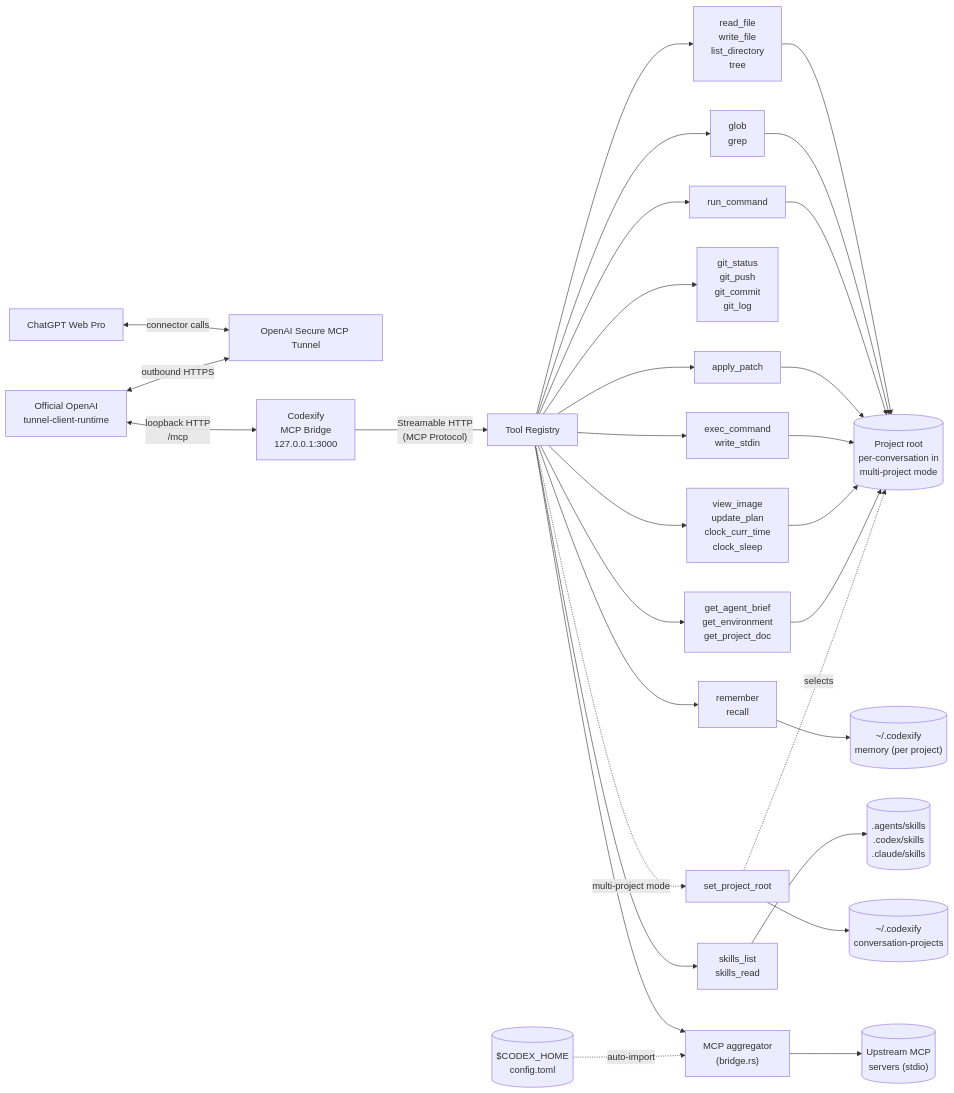
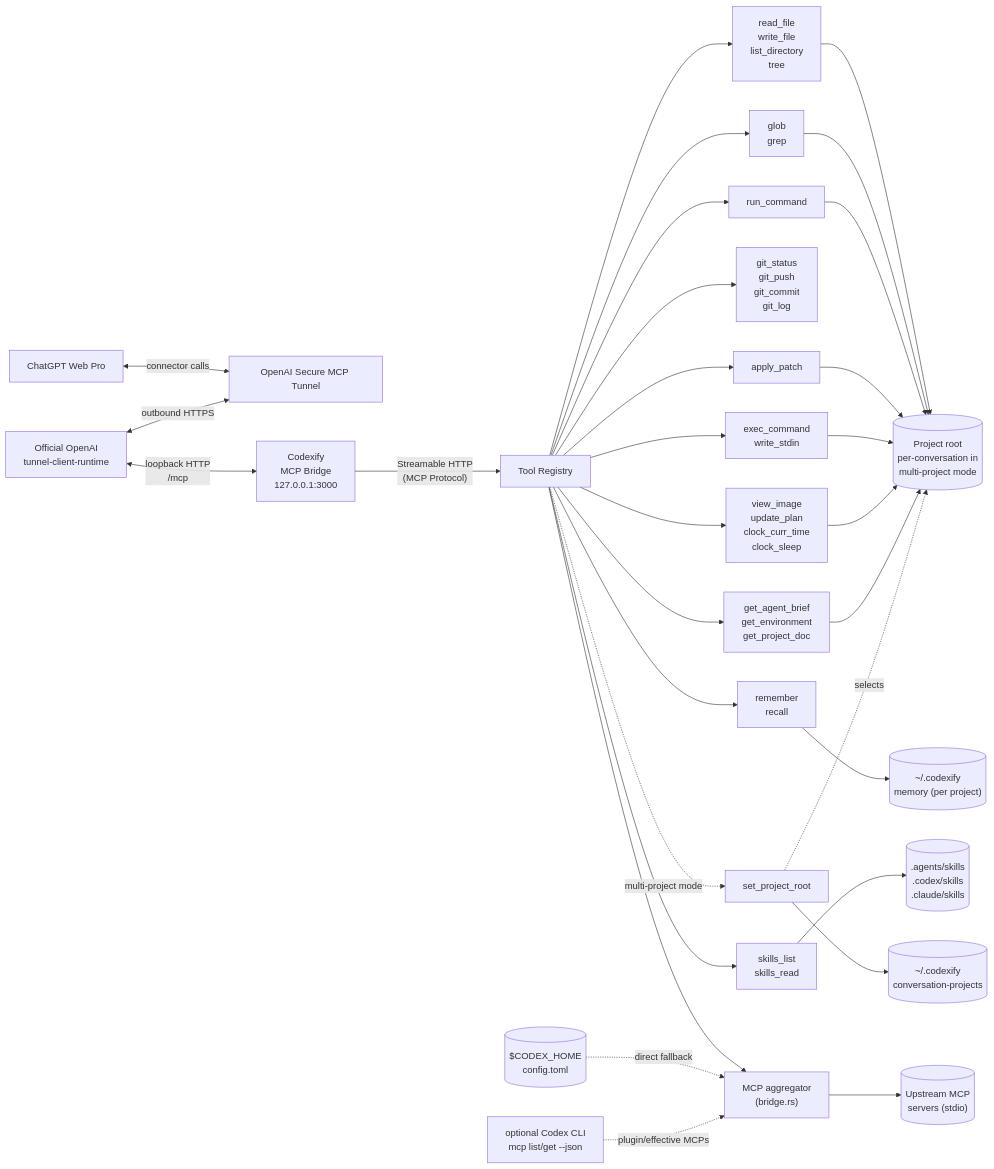
Before and after one commit to thesunwave/codexify: the diagram in README.md, drawn with Mermaid. The commit also changed other lines of this file and 5 other files, not shown here.

Commit message:
feat: discover plugin MCP servers via Codex CLI

````diff
--- a/README.md
+++ b/README.md
@@ -15,59 +15,61 @@
 ```mermaid
 flowchart LR
     ChatGPT["ChatGPT Web Pro"]
     OpenAITunnel["OpenAI Secure MCP Tunnel"]
     TunnelClient["Official OpenAI\ntunnel-client-runtime"]
     Server["Codexify\nMCP Bridge\n127.0.0.1:3000"]
     Tools["Tool Registry"]
 
     FS["read_file\nwrite_file\nlist_directory\ntree"]
     Search["glob\ngrep"]
     Shell["run_command"]
     Git["git_status\ngit_push\ngit_commit\ngit_log"]
     Edit["apply_patch"]
     Exec["exec_command\nwrite_stdin"]
     Agent["view_image\nupdate_plan\nclock_curr_time\nclock_sleep"]
     Env["get_agent_brief\nget_environment\nget_project_doc"]
     Mem["remember\nrecall"]
     Skills["skills_list\nskills_read"]
     SetRoot["set_project_root"]
     Bridge["MCP aggregator\n(bridge.rs)"]
     WorkDir[("Project root\nper-conversation in\nmulti-project mode")]
     State[("~/.codexify\nmemory (per project)")]
     Bindings[("~/.codexify\nconversation-projects")]
     SkillDirs[(".agents/skills\n.codex/skills\n.claude/skills")]
     CodexCfg[("$CODEX_HOME\nconfig.toml")]
+    CodexCli["optional Codex CLI\nmcp list/get --json"]
     Upstream[("Upstream MCP\nservers (stdio)")]
 
     ChatGPT <-->|"connector calls"| OpenAITunnel
     TunnelClient <-->|"outbound HTTPS"| OpenAITunnel
     TunnelClient <-->|"loopback HTTP\n/mcp"| Server
     Server -- "Streamable HTTP\n(MCP Protocol)" --> Tools
 
     Tools --> FS
     Tools --> Search
     Tools --> Shell
     Tools --> Git
     Tools --> Edit
     Tools --> Exec
     Tools --> Agent
     Tools --> Env
     Tools --> Mem
     Tools --> Skills
     Tools -.->|"multi-project mode"| SetRoot
     Tools --> Bridge
 
     FS --> WorkDir
     Search --> WorkDir
     Shell --> WorkDir
     Edit --> WorkDir
     Exec --> WorkDir
     Agent --> WorkDir
     Env --> WorkDir
     Mem --> State
     Skills --> SkillDirs
     SetRoot --> Bindings
     SetRoot -.->|"selects"| WorkDir
-    CodexCfg -.->|"auto-import"| Bridge
+    CodexCfg -.->|"direct fallback"| Bridge
+    CodexCli -.->|"plugin/effective MCPs"| Bridge
     Bridge --> Upstream
 ```
````
